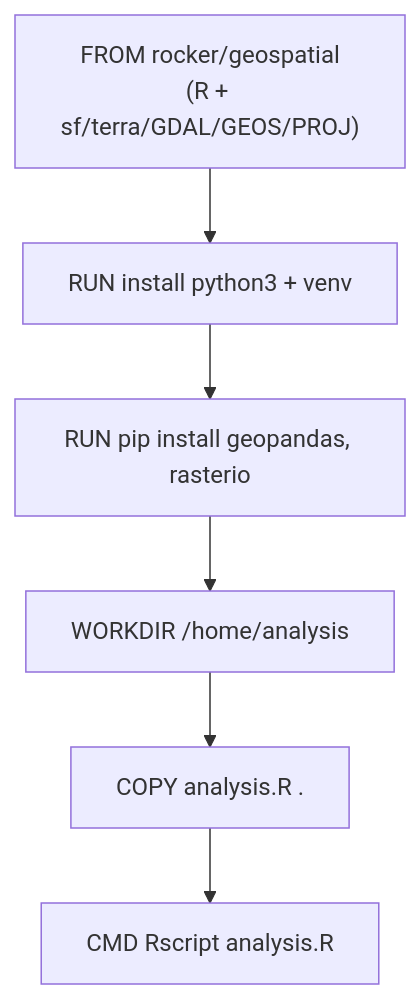
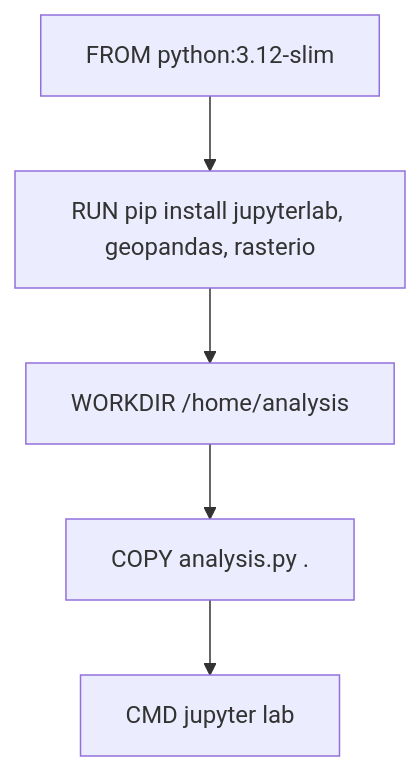
Before and after one commit to tim-devereux/docker-basics: the third of 3 diagrams in README.md, drawn with Mermaid. The commit also changed other lines of this file and 4 other files, not shown here.

First line of the commit message:
Switch example stack from R/rocker to Python + JupyterLab

````diff
--- a/README.md
+++ b/README.md
@@ -187,8 +157,7 @@
 ```mermaid
 flowchart TD
-    L1["FROM rocker/geospatial\n(R + sf/terra/GDAL/GEOS/PROJ)"] --> L2["RUN install python3 + venv"]
-    L2 --> L3["RUN pip install geopandas, rasterio"]
-    L3 --> L4["WORKDIR /home/analysis"]
-    L4 --> L5["COPY analysis.R ."]
-    L5 --> L6["CMD Rscript analysis.R"]
+    L1["FROM python:3.12-slim"] --> L2["RUN pip install jupyterlab, geopandas, rasterio"]
+    L2 --> L3["WORKDIR /home/analysis"]
+    L3 --> L4["COPY analysis.py ."]
+    L4 --> L5["CMD jupyter lab"]
 ```
````
